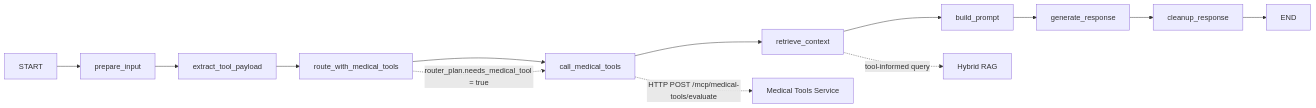
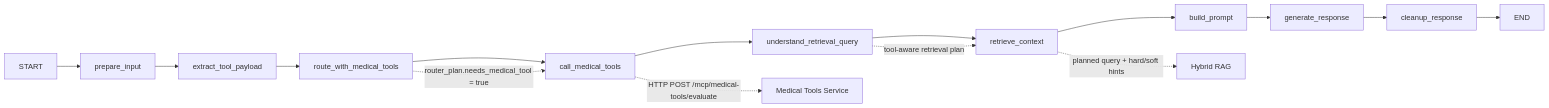
Diagram 12 of 15 in doc/LangGraph_Tree.md (Ngoc-Quy-az1/VitalAI), drawn with Mermaid before and after one commit. The commit also changed other lines of this file and 31 other files, not shown here.

````diff
--- a/doc/LangGraph_Tree.md
+++ b/doc/LangGraph_Tree.md
@@ -556,8 +625,9 @@
 ```mermaid
 flowchart LR
-    START --> prepare_input --> extract_tool_payload --> route_with_medical_tools --> call_medical_tools --> retrieve_context --> build_prompt --> generate_response --> cleanup_response --> END
+    START --> prepare_input --> extract_tool_payload --> route_with_medical_tools --> call_medical_tools --> understand_retrieval_query --> retrieve_context --> build_prompt --> generate_response --> cleanup_response --> END
 
     route_with_medical_tools -. "router_plan.needs_medical_tool = true" .-> call_medical_tools
     call_medical_tools -. "HTTP POST /mcp/medical-tools/evaluate" .-> MedicalTools["Medical Tools Service"]
-    retrieve_context -. "tool-informed query" .-> RAG["Hybrid RAG"]
+    understand_retrieval_query -. "tool-aware retrieval plan" .-> retrieve_context
+    retrieve_context -. "planned query + hard/soft hints" .-> RAG["Hybrid RAG"]
 ```
````
